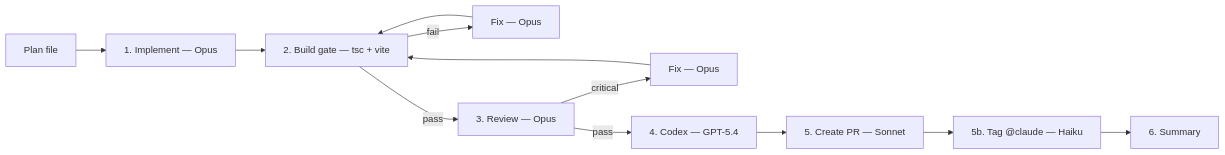
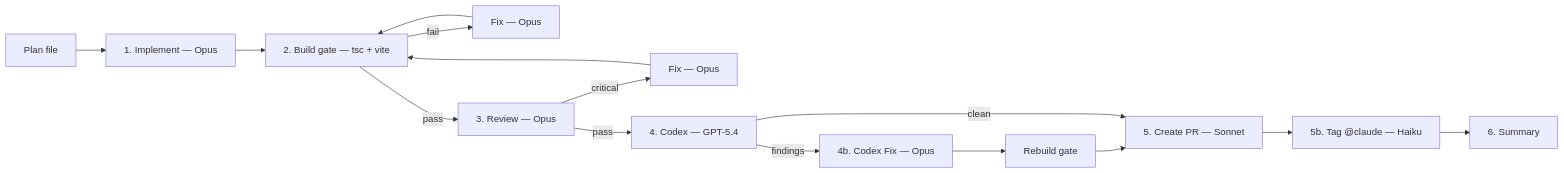
Before and after one commit to ilsantino/iago-os: the first of 3 diagrams in README.md, drawn with Mermaid. The commit also changed other lines of this file and 1 other file, not shown here.

Commit message:
docs: update pipeline diagrams with step 4b (Codex fix)
Update README mermaid diagram and pr-review-pipeline.md ASCII diagram
to reflect the new Codex fix step between adversarial review and PR
creation.

````diff
--- a/README.md
+++ b/README.md
@@ -116,14 +116,17 @@
 ```mermaid
 flowchart LR
     Plan[Plan file] --> Impl[1. Implement — Opus]
     Impl --> Build[2. Build gate — tsc + vite]
     Build -->|fail| Fix[Fix — Opus]
     Fix --> Build
     Build -->|pass| Review[3. Review — Opus]
     Review -->|critical| Fix2[Fix — Opus]
     Fix2 --> Build
     Review -->|pass| Codex[4. Codex — GPT-5.4]
-    Codex --> PR[5. Create PR — Sonnet]
+    Codex -->|findings| CdxFix[4b. Codex Fix — Opus]
+    CdxFix --> Build2[Rebuild gate]
+    Build2 --> PR[5. Create PR — Sonnet]
+    Codex -->|clean| PR
     PR --> Tag[5b. Tag @claude — Haiku]
     Tag --> Summary[6. Summary]
 ```
````
